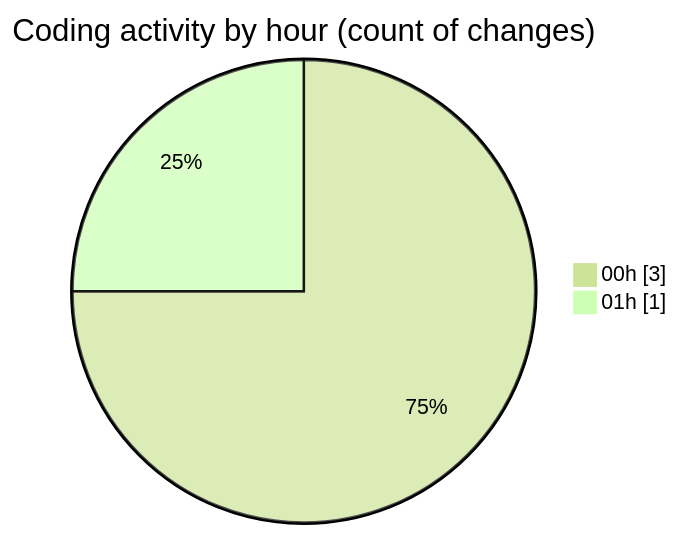
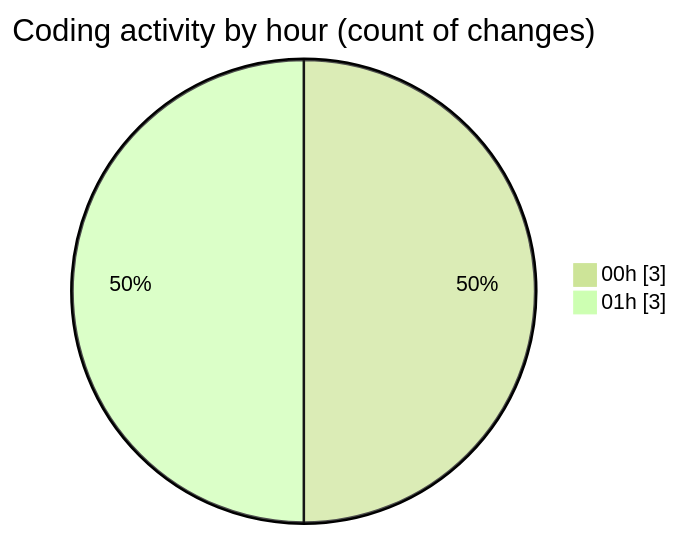
One commit to mevix1/code-tracking changed the second of 2 diagrams in 2025-10-02/oura-api/README.md. Above: the diagram before and after it, drawn with Mermaid (forest theme). The commit also changed other lines of this file and 1 other file, not shown here.

````diff
--- a/2025-10-02/oura-api/README.md
+++ b/2025-10-02/oura-api/README.md
@@ -31,6 +35,6 @@
 ```mermaid
 pie showData
 title Coding activity by hour (count of changes)
 "00h" : 3
-"01h" : 1
+"01h" : 3
 ```
````
